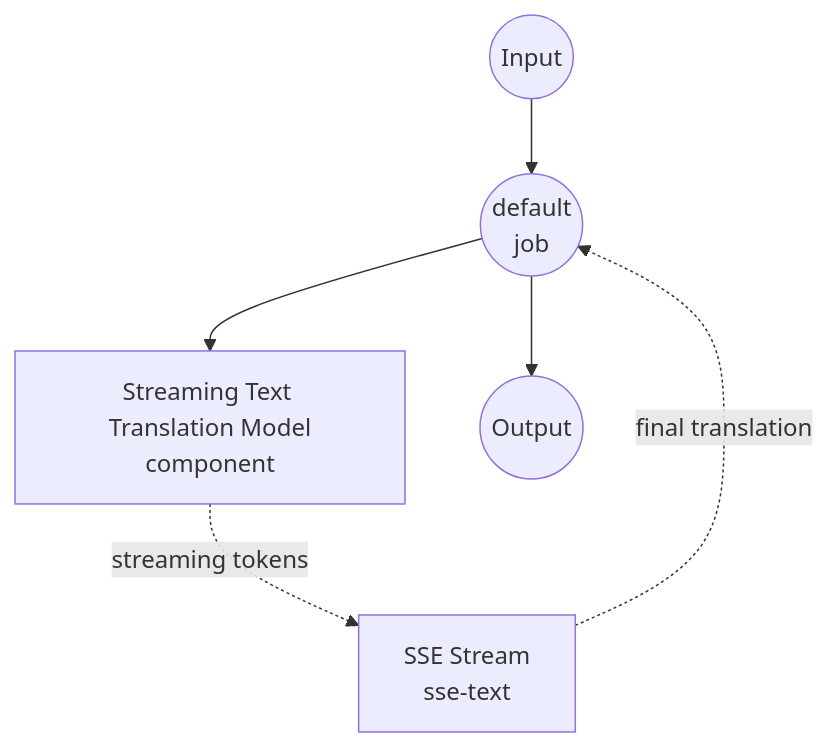
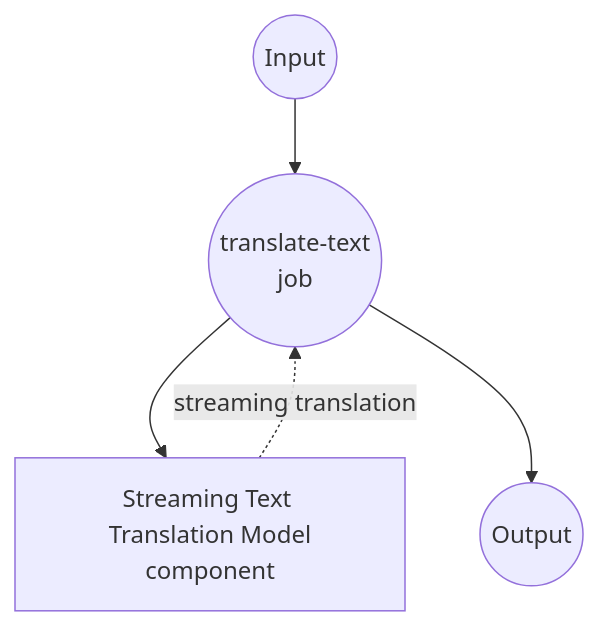
The diagram in examples/model-tasks/translation-stream/README.md (hanyeol/model-compose), drawn with Mermaid before and after one commit. The commit also changed other lines of this file and 30 other files, not shown here.

````diff
--- a/examples/model-tasks/translation-stream/README.md
+++ b/examples/model-tasks/translation-stream/README.md
@@ -111,20 +109,16 @@
 ```mermaid
 graph TD
-    %% Default job (implicit)
-    J1((default<br/>job))
+    %% Jobs (circles)
+    J1((translate-text<br/>job))
 
-    %% Component
+    %% Components (rectangles)
     C1[Streaming Text Translation Model<br/>component]
-
-    %% Streaming output
-    S1[SSE Stream<br/>sse-text]
 
     %% Job to component connections (solid: invokes, dotted: returns)
     J1 --> C1
-    C1 -.-> |streaming tokens| S1
-    S1 -.-> |final translation| J1
+    C1 -.-> |streaming translation| J1
 
     %% Input/Output
     Input((Input)) --> J1
     J1 --> Output((Output))
 ```
````
